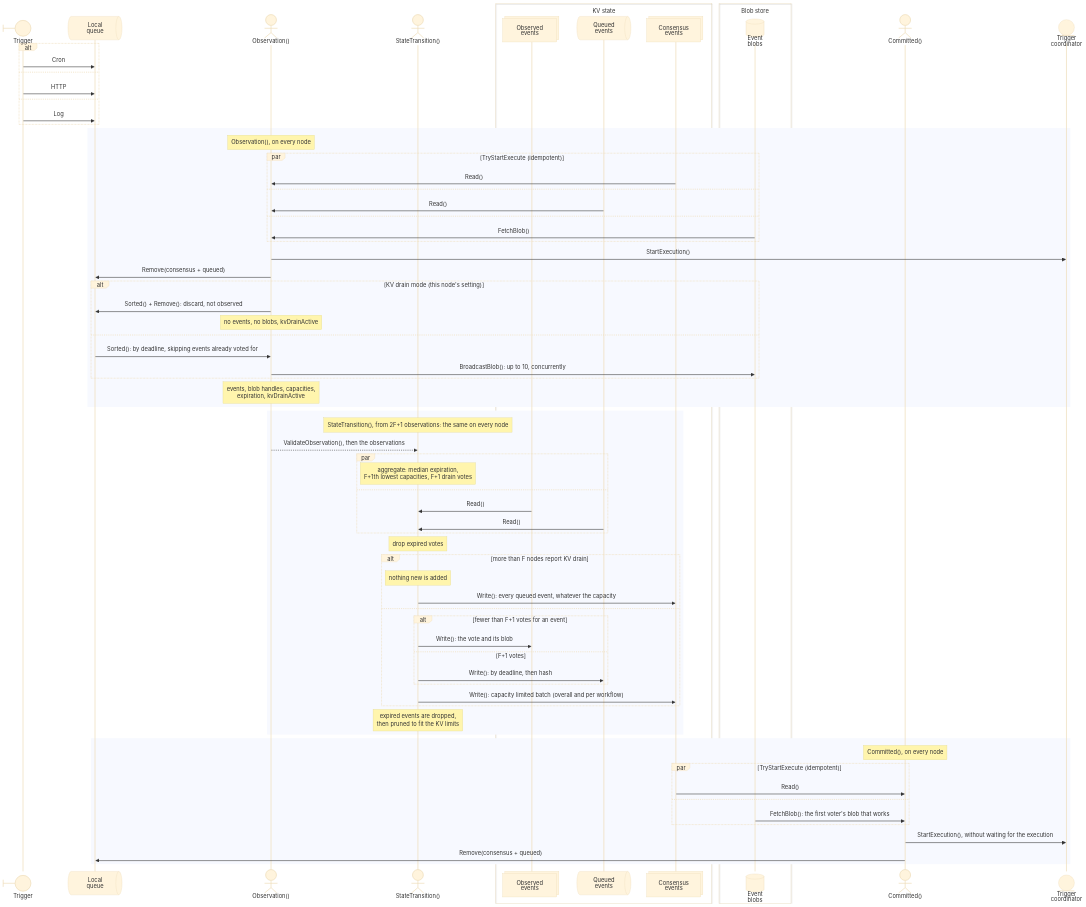
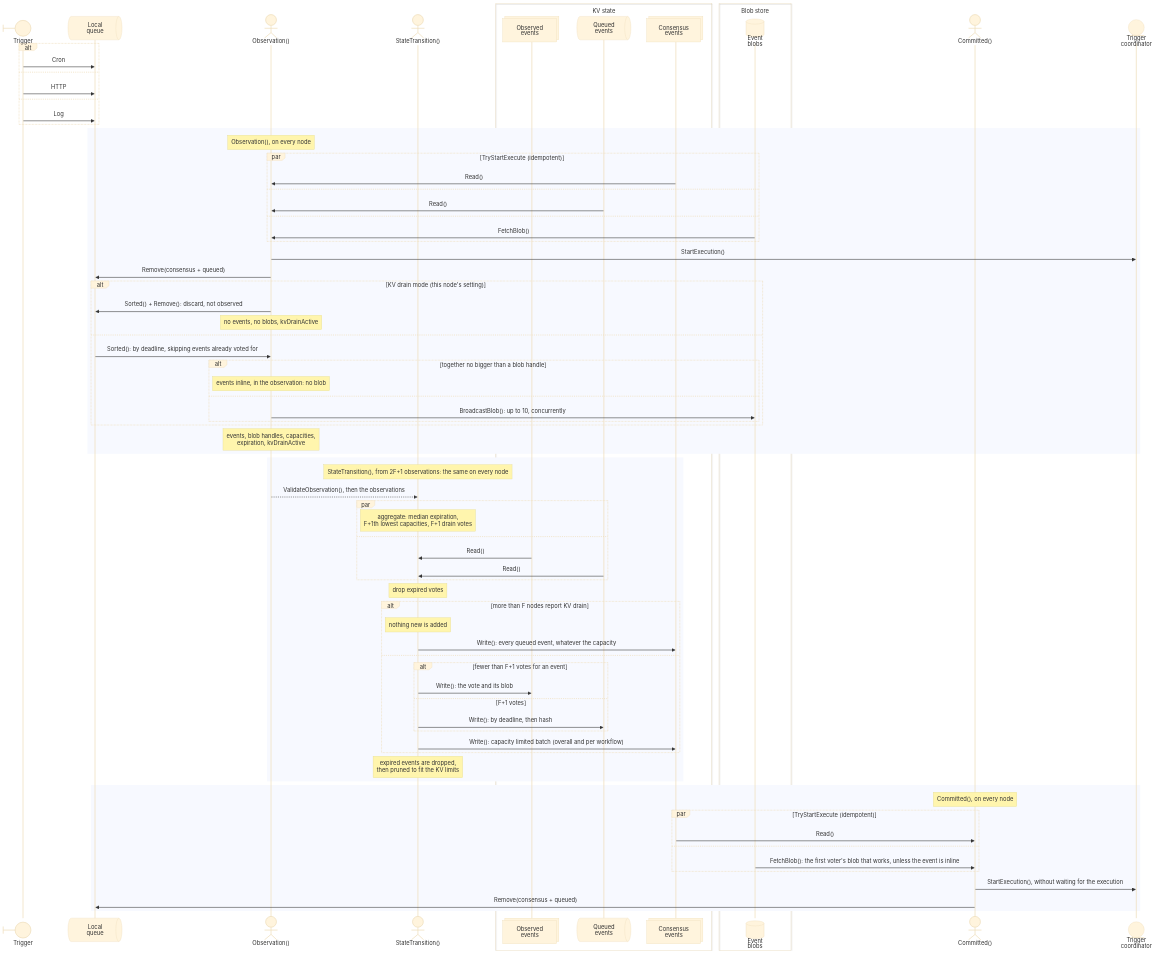
The first of 2 diagrams in core/services/ocr3_1/plugins/queue/README.md (smartcontractkit/chainlink), drawn with Mermaid (base theme) before and after one commit. The commit also changed other lines of this file and 5 other files, not shown here.

Commit message:
inline events when smaller than set of blob handles

```diff
--- a/core/services/ocr3_1/plugins/queue/README.md
+++ b/core/services/ocr3_1/plugins/queue/README.md
@@ -56,7 +56,11 @@
             Note over Observation: no events, no blobs, kvDrainActive
         else
             local->>Observation: Sorted(): by deadline, skipping events already voted for
-            Observation->>blobs: BroadcastBlob(): up to 10, concurrently
+            alt together no bigger than a blob handle
+                Note over Observation: events inline, in the observation: no blob
+            else
+                Observation->>blobs: BroadcastBlob(): up to 10, concurrently
+            end
         end
         Note over Observation: events, blob handles, capacities,<br>expiration, kvDrainActive
     end
@@ -93,7 +97,7 @@
         par TryStartExecute (idempotent)
             consensus->>Committed: Read()
         and
-            blobs->>Committed: FetchBlob(): the first voter's blob that works
+            blobs->>Committed: FetchBlob(): the first voter's blob that works, unless the event is inline
         end
         Committed->>coord: StartExecution(), without waiting for the execution
         Committed->>local: Remove(consensus + queued)
```
